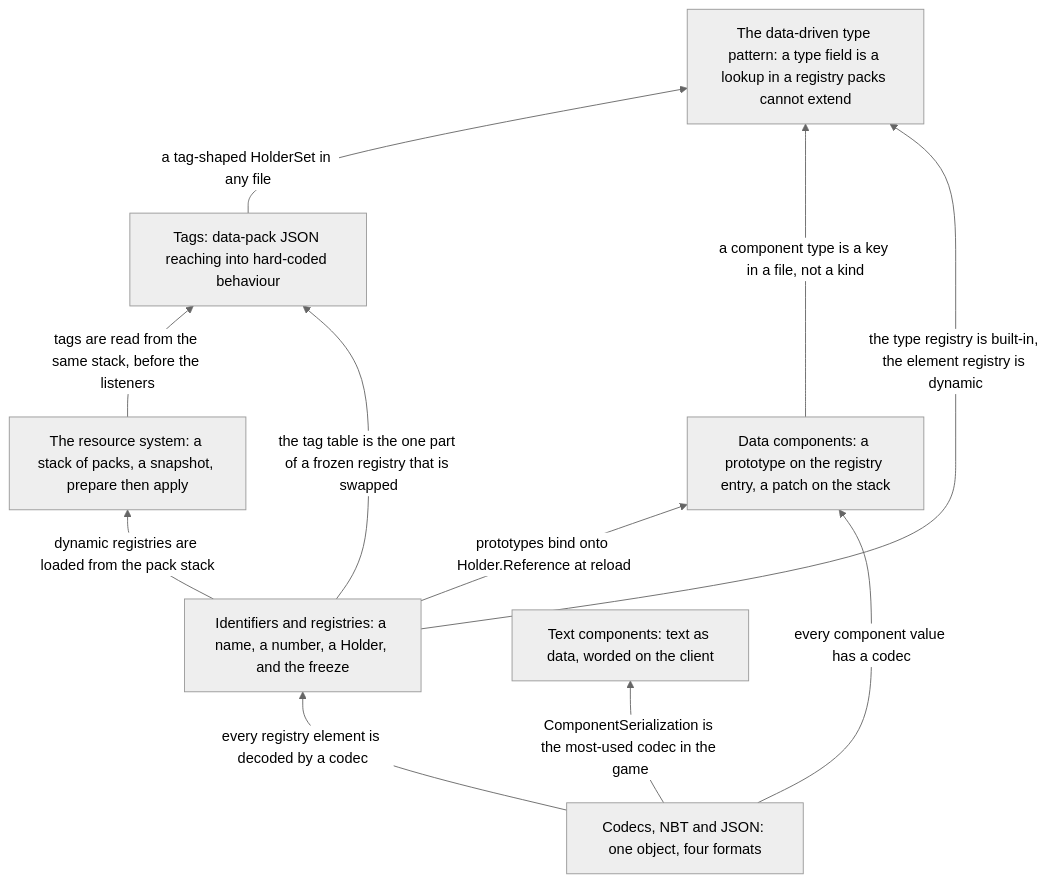
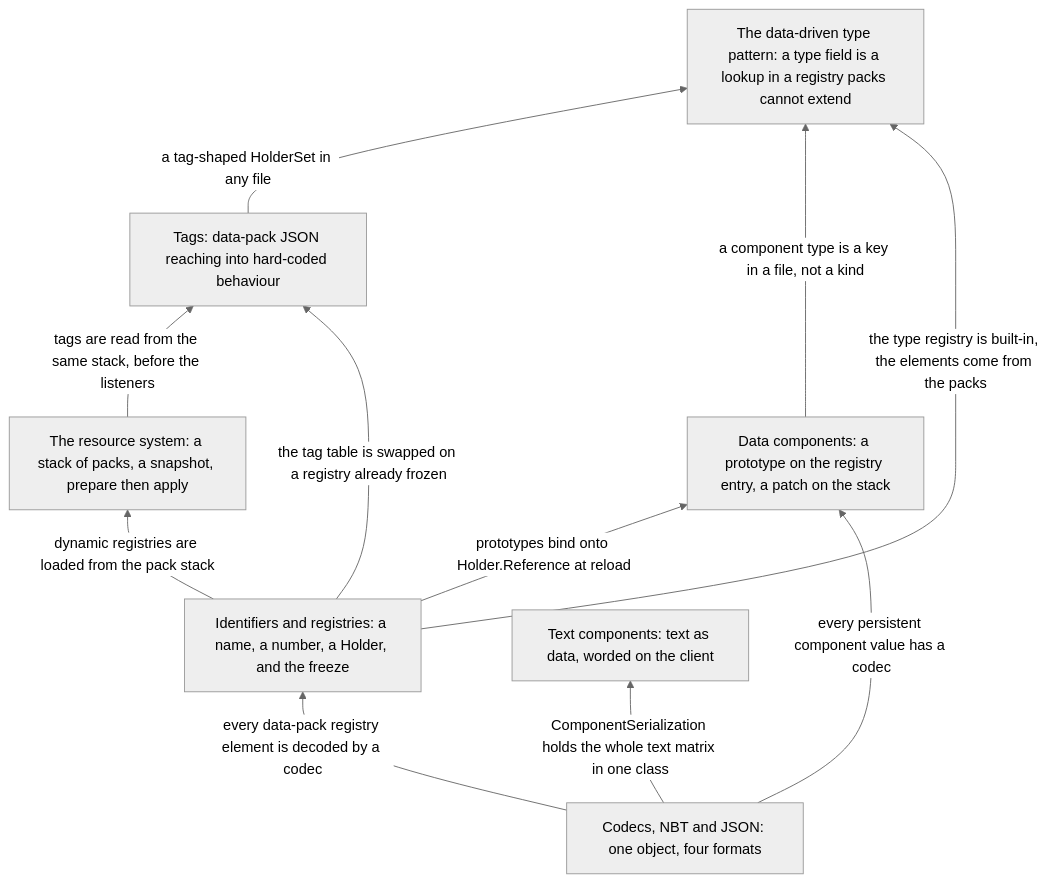
Before and after one commit to AlexanderjFraser/MinecraftDocs: the diagram in src/systems/foundations/README.md, drawn with Mermaid (neutral theme). The commit also changed other lines of this file and 16 other files, not shown here.

````diff
--- a/src/systems/foundations/README.md
+++ b/src/systems/foundations/README.md
@@ -19,20 +19,20 @@
 ```mermaid
 flowchart BT
     C["Codecs, NBT and JSON: one object, four formats"]
     R["Identifiers and registries: a name, a number, a Holder, and the freeze"]
     S["The resource system: a stack of packs, a snapshot, prepare then apply"]
     T["Tags: data-pack JSON reaching into hard-coded behaviour"]
     D["Data components: a prototype on the registry entry, a patch on the stack"]
     X["Text components: text as data, worded on the client"]
     P["The data-driven type pattern: a type field is a lookup in a registry packs cannot extend"]
-    C -- "every registry element is decoded by a codec" --> R
+    C -- "every data-pack registry element is decoded by a codec" --> R
     R -- "dynamic registries are loaded from the pack stack" --> S
     S -- "tags are read from the same stack, before the listeners" --> T
-    R -- "the tag table is the one part of a frozen registry that is swapped" --> T
+    R -- "the tag table is swapped on a registry already frozen" --> T
     R -- "prototypes bind onto Holder.Reference at reload" --> D
-    C -- "every component value has a codec" --> D
-    C -- "ComponentSerialization is the most-used codec in the game" --> X
+    C -- "every persistent component value has a codec" --> D
+    C -- "ComponentSerialization holds the whole text matrix in one class" --> X
     T -- "a tag-shaped HolderSet in any file" --> P
     D -- "a component type is a key in a file, not a kind" --> P
-    R -- "the type registry is built-in, the element registry is dynamic" --> P
+    R -- "the type registry is built-in, the elements come from the packs" --> P
 ```
````
